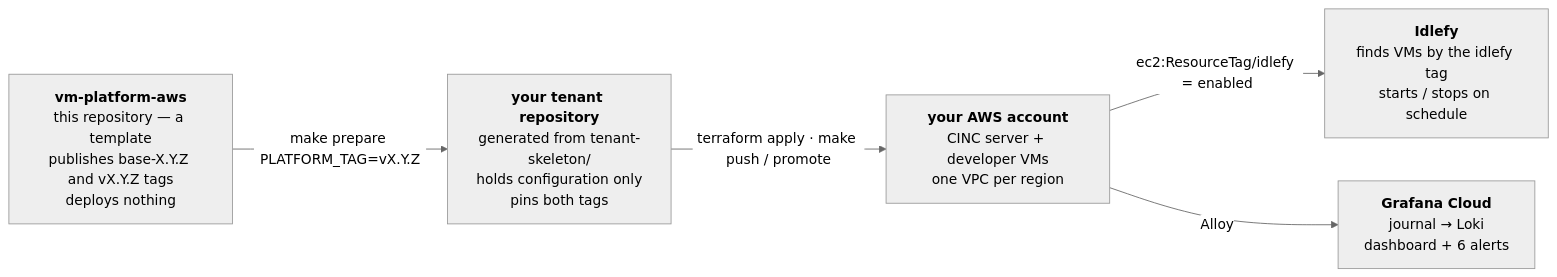
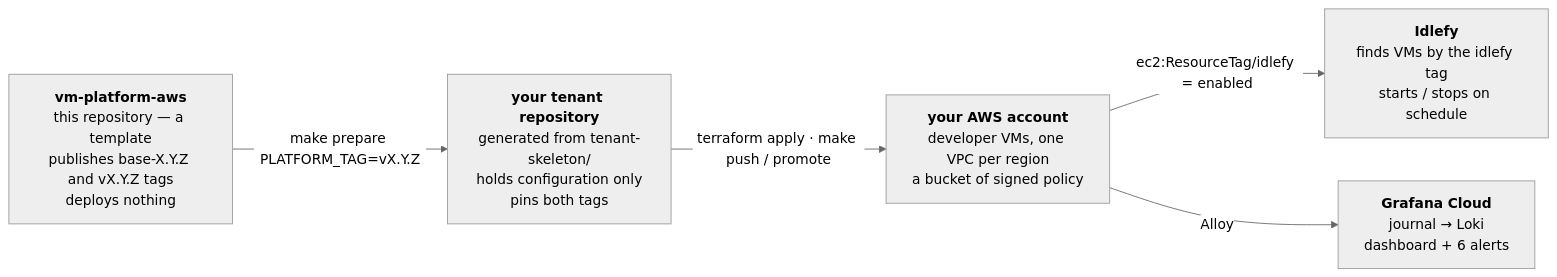
One commit to idlefy/vm-platform-aws changed the diagram in README.md. Above: the diagram before and after it, drawn with Mermaid (neutral theme). The commit also changed other lines of this file and 123 other files, not shown here.

````diff
--- a/README.md
+++ b/README.md
@@ -18,12 +18,12 @@
 ```mermaid
 flowchart LR
     P["<b>vm-platform-aws</b><br/>this repository — a template<br/>publishes base-X.Y.Z and vX.Y.Z tags<br/>deploys nothing"]
     T["<b>your tenant repository</b><br/>generated from tenant-skeleton/<br/>holds configuration only<br/>pins both tags"]
-    A["<b>your AWS account</b><br/>CINC server + developer VMs<br/>one VPC per region"]
+    A["<b>your AWS account</b><br/>developer VMs, one VPC per region<br/>a bucket of signed policy"]
     I["<b>Idlefy</b><br/>finds VMs by the idlefy tag<br/>starts / stops on schedule"]
     G["<b>Grafana Cloud</b><br/>journal → Loki<br/>dashboard + 6 alerts"]
     P -- "make prepare PLATFORM_TAG=vX.Y.Z" --> T
     T -- "terraform apply · make push / promote" --> A
     A -- "ec2:ResourceTag/idlefy = enabled" --> I
     A -- "Alloy" --> G
 ```
````
